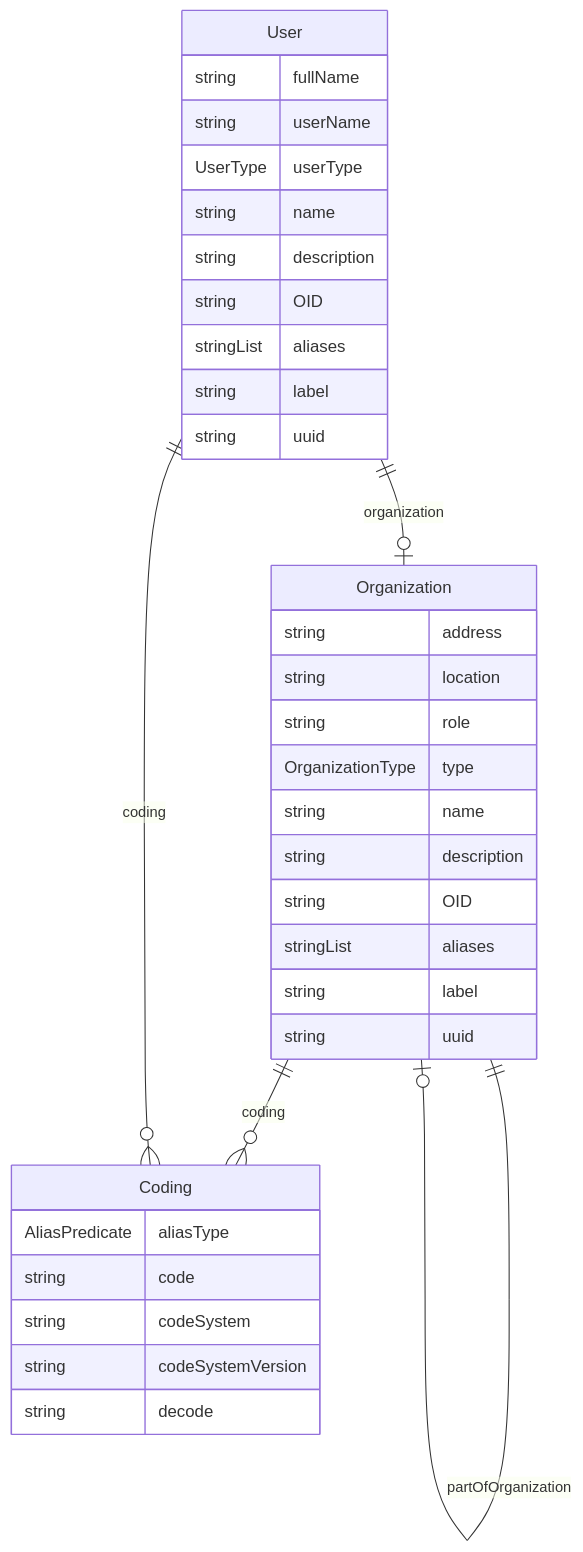
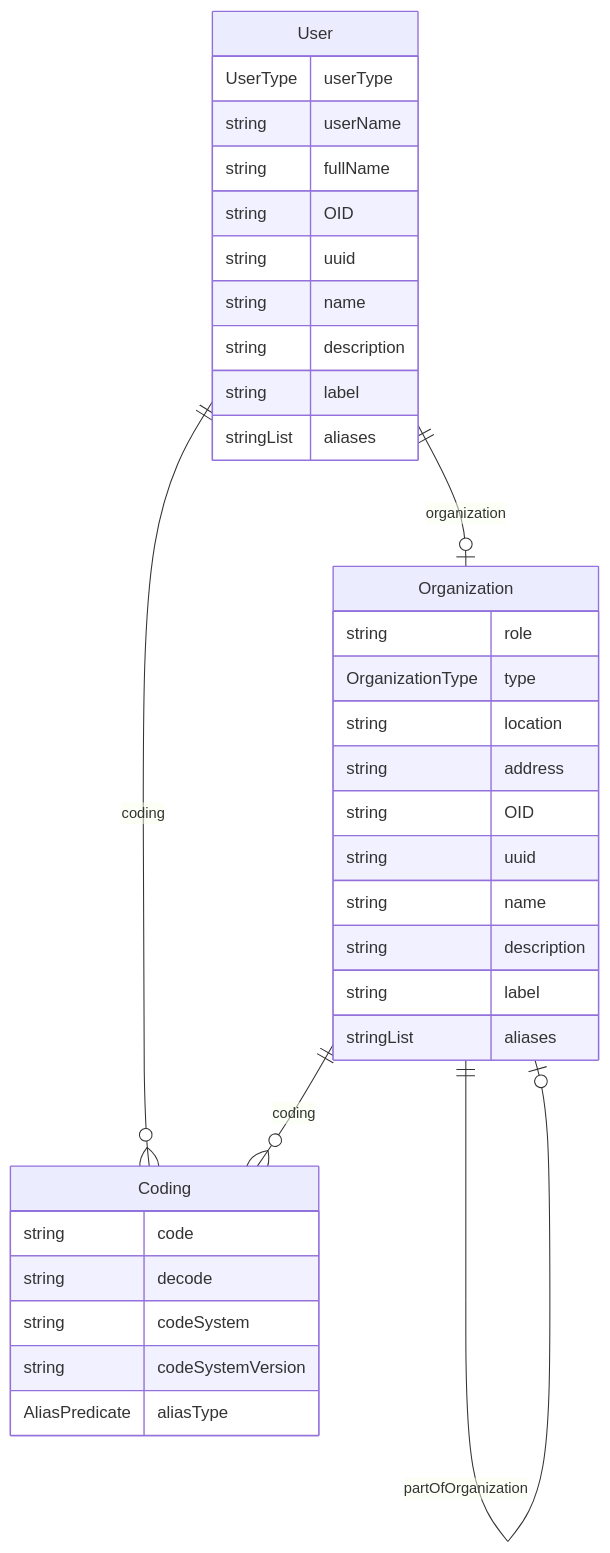
The diagram in docs/classes/User.md (cdisc-org/DataExchange-DDS), drawn with Mermaid before and after one commit. The commit also changed other lines of this file and 313 other files, not shown here.

````diff
--- a/docs/classes/User.md
+++ b/docs/classes/User.md
@@ -20,39 +15,39 @@
 ```mermaid
 erDiagram
+User {
+    UserType userType  
+    string userName  
+    string fullName  
+    string OID  
+    string uuid  
+    string name  
+    string description  
+    string label  
+    stringList aliases  
+}
 Coding {
-    AliasPredicate aliasType  
     string code  
+    string decode  
     string codeSystem  
     string codeSystemVersion  
-    string decode  
+    AliasPredicate aliasType  
 }
 Organization {
-    string address  
-    string location  
     string role  
     OrganizationType type  
+    string location  
+    string address  
+    string OID  
+    string uuid  
     string name  
     string description  
-    string OID  
+    string label  
     stringList aliases  
-    string label  
-    string uuid  
-}
-User {
-    string fullName  
-    string userName  
-    UserType userType  
-    string name  
-    string description  
-    string OID  
-    stringList aliases  
-    string label  
-    string uuid  
 }
 
+User ||--|o Organization : "organization"
+User ||--}o Coding : "coding"
 Organization ||--|o Organization : "partOfOrganization"
 Organization ||--}o Coding : "coding"
-User ||--|o Organization : "organization"
-User ||--}o Coding : "coding"
 
 ```
````
